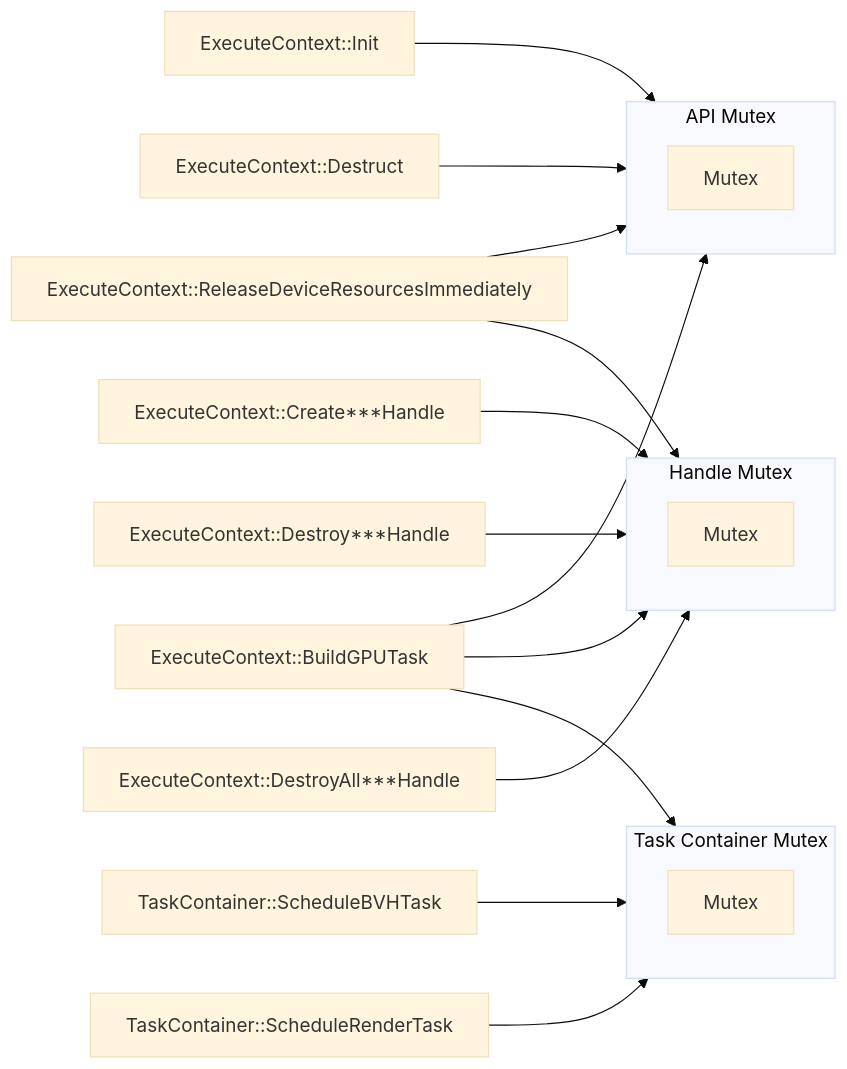
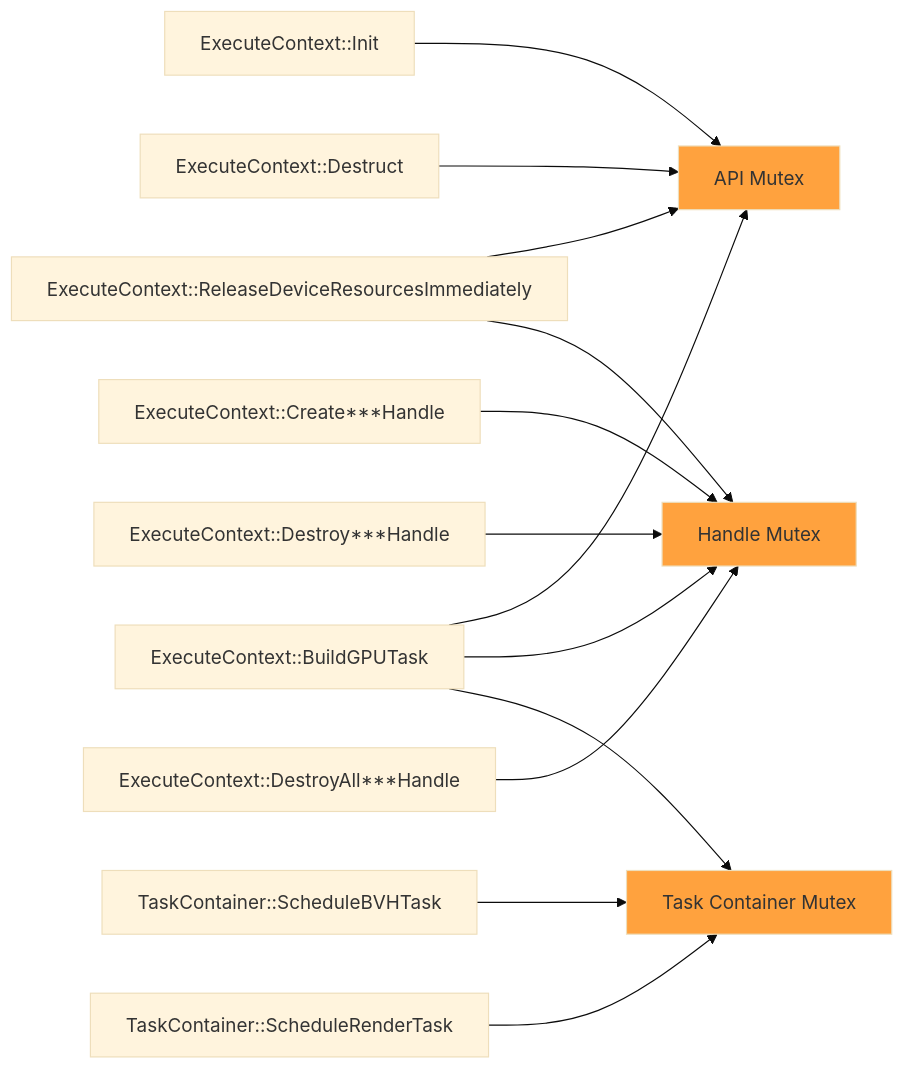
One commit to NVIDIAGameWorks/KickstartRT changed diagram 11 of 14 in docs/SDK_Reference.md. Above: the diagram before and after it, drawn with Mermaid (base theme). The commit also changed other lines of this file, not shown here.

````diff
--- a/docs/SDK_Reference.md
+++ b/docs/SDK_Reference.md
@@ -351,31 +298,29 @@
 ``` mermaid
 flowchart LR
 
-subgraph am[API Mutex]
-amM[Mutex]
-end
-subgraph cm[Handle Mutex]
-cmM[Mutex]
-end
+am[API Mutex]
+style am fill:#ffa23e
 
-subgraph tm[Task Container Mutex]
-tcM[Mutex]
-end
+cm[Handle Mutex]
+style cm fill:#ffa23e
+
+tm[Task Container Mutex]
+style tm fill:#ffa23e
 
 ExecuteContext::Init --> am
 ExecuteContext::Destruct --> am
 ExecuteContext::BuildGPUTask --> am
 ExecuteContext::ReleaseDeviceResourcesImmediately --> am
 ExecuteContext::ReleaseDeviceResourcesImmediately --> cm
 
 ExecuteContext::ReleaseDeviceResourcesImmediately
 ExecuteContext::Create***Handle --> cm
 ExecuteContext::Destroy***Handle --> cm
 ExecuteContext::DestroyAll***Handle --> cm
 ExecuteContext::BuildGPUTask --> cm
 
 TaskContainer::ScheduleBVHTask --> tm
 TaskContainer::ScheduleRenderTask --> tm
 ExecuteContext::BuildGPUTask --> tm
 
 ```
````
